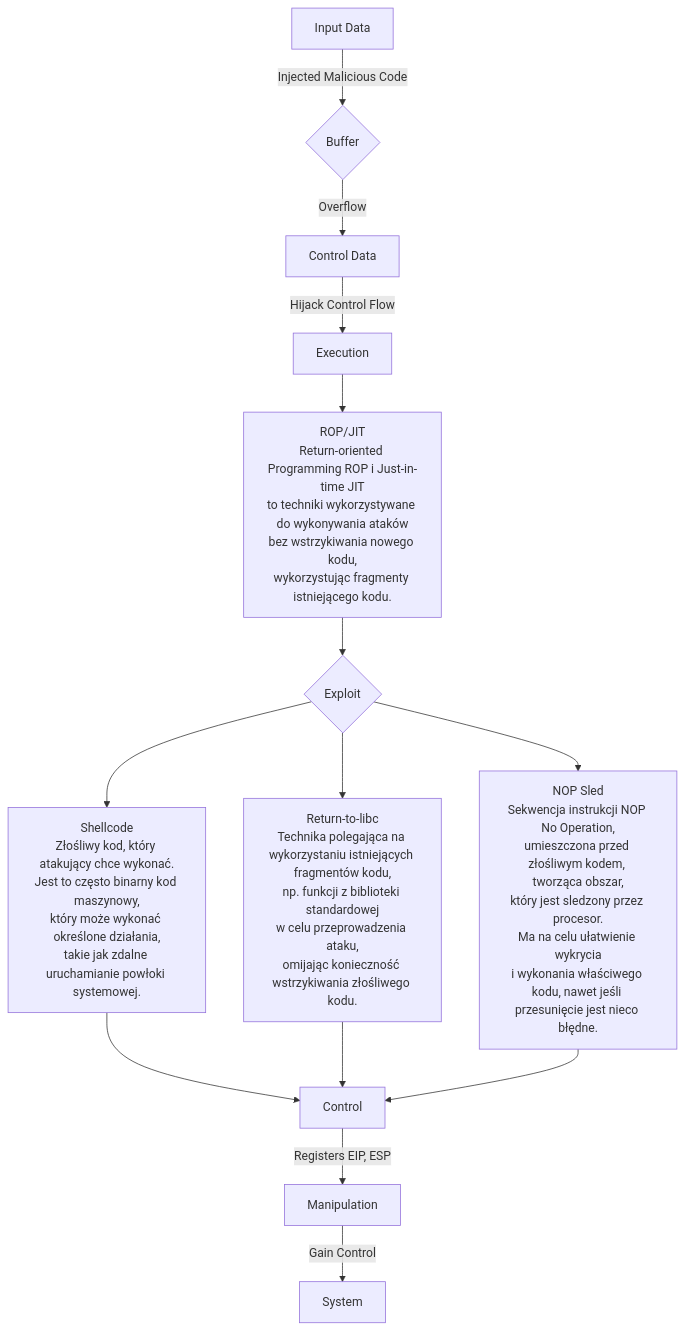
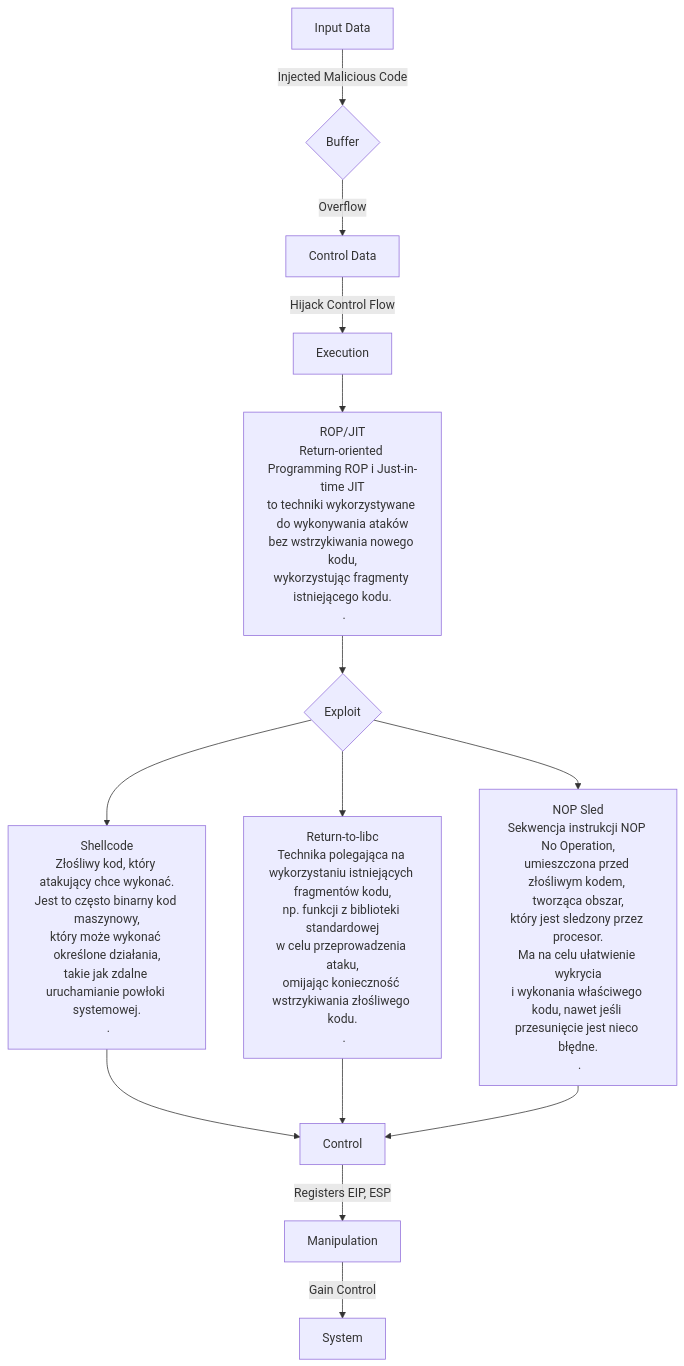
The first of 2 diagrams in eCPPT/Main_eCPPT.md (dankuc237/notatki), drawn with Mermaid before and after one commit. The commit also changed other lines of this file and 5 other files, not shown here.

````diff
--- a/eCPPT/Main_eCPPT.md
+++ b/eCPPT/Main_eCPPT.md
@@ -197,36 +233,36 @@
-```mermaid 
+```mermaid
 graph TD;
 	A[Input Data]
 	B{Buffer}
 	C[Control Data]
 	D[Execution]
 	E{Exploit}
 	F[Control]
 	I[Manipulation]
 	J[System]
 
 	%% NOP Sled
-    NOP_Sled[NOP Sled<br>Sekwencja instrukcji NOP No Operation,<br>umieszczona przed złośliwym kodem, tworząca obszar,<br>który jest sledzony przez procesor.<br>Ma na celu ułatwienie wykrycia<br>i wykonania właściwego kodu, nawet jeśli przesunięcie jest nieco błędne.]:::info;
+    NOP_Sled[NOP Sled<br>Sekwencja instrukcji NOP No Operation,<br>umieszczona przed złośliwym kodem, tworząca obszar,<br>który jest sledzony przez procesor.<br>Ma na celu ułatwienie wykrycia<br>i wykonania właściwego kodu, nawet jeśli przesunięcie jest nieco błędne.<br> .]
 
     %% Return-to-libc
-    Return-to-libc[Return-to-libc<br>Technika polegająca na wykorzystaniu istniejących fragmentów kodu,<br>np. funkcji z biblioteki standardowej<br>w celu przeprowadzenia ataku,<br>omijając konieczność wstrzykiwania złośliwego kodu.]:::info;
+    Return-to-libc[Return-to-libc<br>Technika polegająca na wykorzystaniu istniejących fragmentów kodu,<br>np. funkcji z biblioteki standardowej<br>w celu przeprowadzenia ataku,<br>omijając konieczność wstrzykiwania złośliwego kodu.<br> .]
 
     %% Shellcode
-    Shellcode[Shellcode<br>Złośliwy kod, który atakujący chce wykonać.<br>Jest to często binarny kod maszynowy,<br>który może wykonać określone działania,<br>takie jak zdalne uruchamianie powłoki systemowej.]:::info;
+    Shellcode[Shellcode<br>Złośliwy kod, który atakujący chce wykonać.<br>Jest to często binarny kod maszynowy,<br>który może wykonać określone działania,<br>takie jak zdalne uruchamianie powłoki systemowej.<br> .]
 
     %% ROP/JIT
-    ROP/JIT[ROP/JIT<br>Return-oriented Programming ROP i Just-in-time JIT<br>to techniki wykorzystywane do wykonywania ataków<br>bez wstrzykiwania nowego kodu,<br>wykorzystując fragmenty istniejącego kodu.]:::info;
+    ROP/JIT[ROP/JIT<br>Return-oriented Programming ROP i Just-in-time JIT<br>to techniki wykorzystywane do wykonywania ataków<br>bez wstrzykiwania nowego kodu,<br>wykorzystując fragmenty istniejącego kodu.<br> .]
 
     A -->|Injected Malicious Code| B
     B -->|Overflow| C
     C -->|Hijack Control Flow| D
     D --> ROP/JIT --> E
     E --> Shellcode
     E --> Return-to-libc
 	E -->NOP_Sled
-    Shellcode -->F  
+    Shellcode -->F
     Return-to-libc -->F
 	NOP_Sled -->F
     F -->|Registers EIP, ESP| I
     I -->|Gain Control| J
 ```
````
